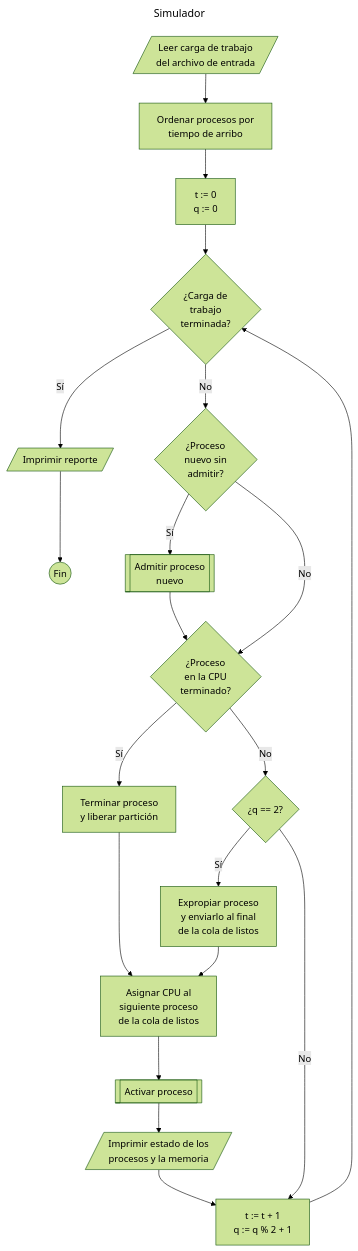
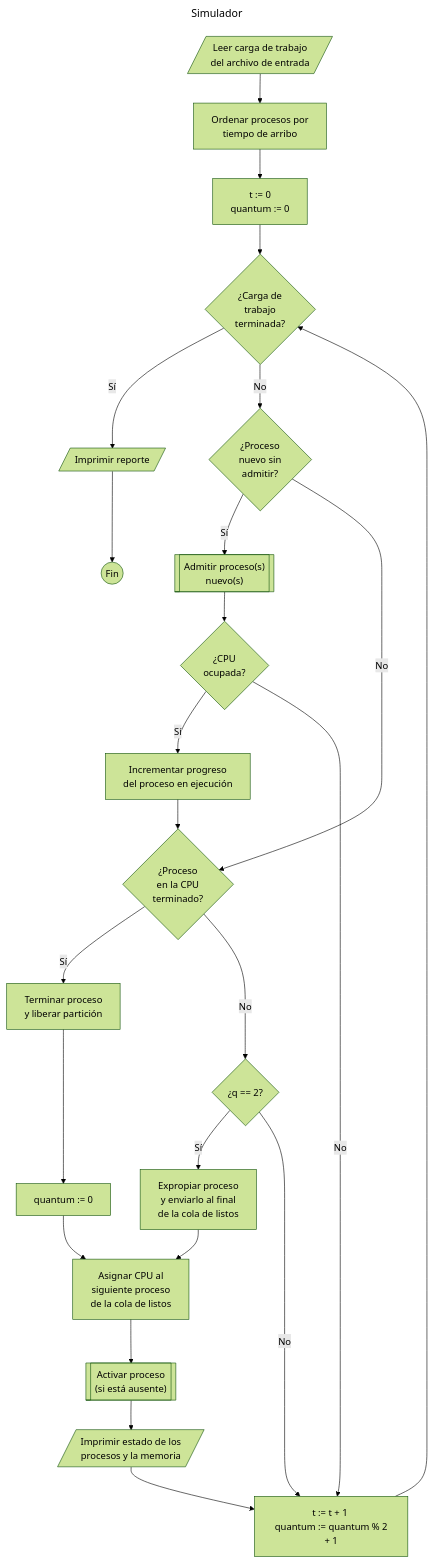
One commit to agustinbravop/utn-sims changed the diagram in docs/simulador.mmd. Above: the diagram before and after it, drawn with Mermaid (forest theme). The commit also changed 5 other files, not shown here.

```diff
--- a/docs/simulador.mmd
+++ b/docs/simulador.mmd
@@ -1,22 +1,25 @@
 ---
 title: Simulador
 ---
 flowchart TD
     Start[/Leer carga de trabajo\n del archivo de entrada/] --> Ord[Ordenar procesos por\n tiempo de arribo]
-    Ord --> Init["t := 0\n q := 0"]
+    Ord --> Init["t := 0\n quantum := 0"]
     Init --> CondFin{"¿Carga de\n trabajo\n terminada?"}
     CondFin -- Sí --> Fin
     CondFin -- No --> CondPNuevo{"¿Proceso\n nuevo sin \n admitir?"}
-    CondPNuevo -- Sí --> AdmitirP[[Admitir proceso\n nuevo]]
-    AdmitirP --> CondPTerminado
+    CondPNuevo -- Sí --> AdmitirP[["Admitir proceso(s)\n nuevo(s)"]]
     CondPNuevo -- No --> CondPTerminado{"¿Proceso \n en la CPU \n terminado?"}
+    AdmitirP --> CondPEjecutando{"¿CPU \nocupada?"}
+    CondPEjecutando -- Sí --> Progreso[Incrementar progreso \n del proceso en ejecución]
+    CondPEjecutando -- No --> FinBucle
+    Progreso --> CondPTerminado
     CondPTerminado -- Sí --> TerminarP[Terminar proceso \n y liberar partición]
     CondPTerminado -- No --> CondQuantum{"¿q == 2?"}
     CondQuantum -- Sí --> ExpropiarP[Expropiar proceso \n y enviarlo al final \n de la cola de listos]
     CondQuantum -- No --> FinBucle
     ExpropiarP --> AsignarSigP[Asignar CPU al \n siguiente proceso \n de la cola de listos]
-    TerminarP ---> AsignarSigP
-    AsignarSigP --> ActivarP[[Activar proceso]] --> ImprimirBucle
+    TerminarP ---> LiberarCPU["quantum := 0"] --> AsignarSigP
+    AsignarSigP --> ActivarP[["Activar proceso\n (si está ausente)"]] --> ImprimirBucle
     ImprimirBucle[/Imprimir estado de los \n procesos y la memoria/] --> FinBucle
-    FinBucle["t := t + 1 \n q := q % 2 + 1"] ----> CondFin
+    FinBucle["t := t + 1 \n quantum := quantum % 2 + 1"] ----> CondFin
     Fin[/Imprimir reporte/] --> Exit((Fin))
```
